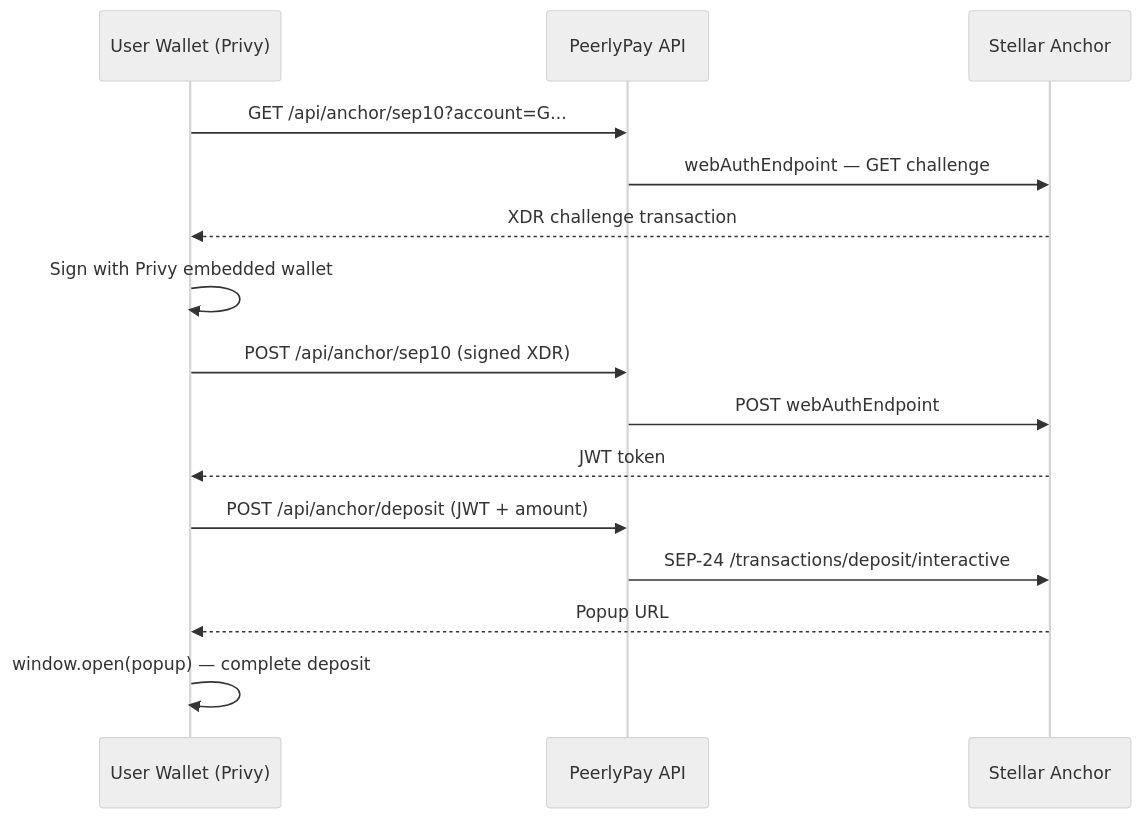
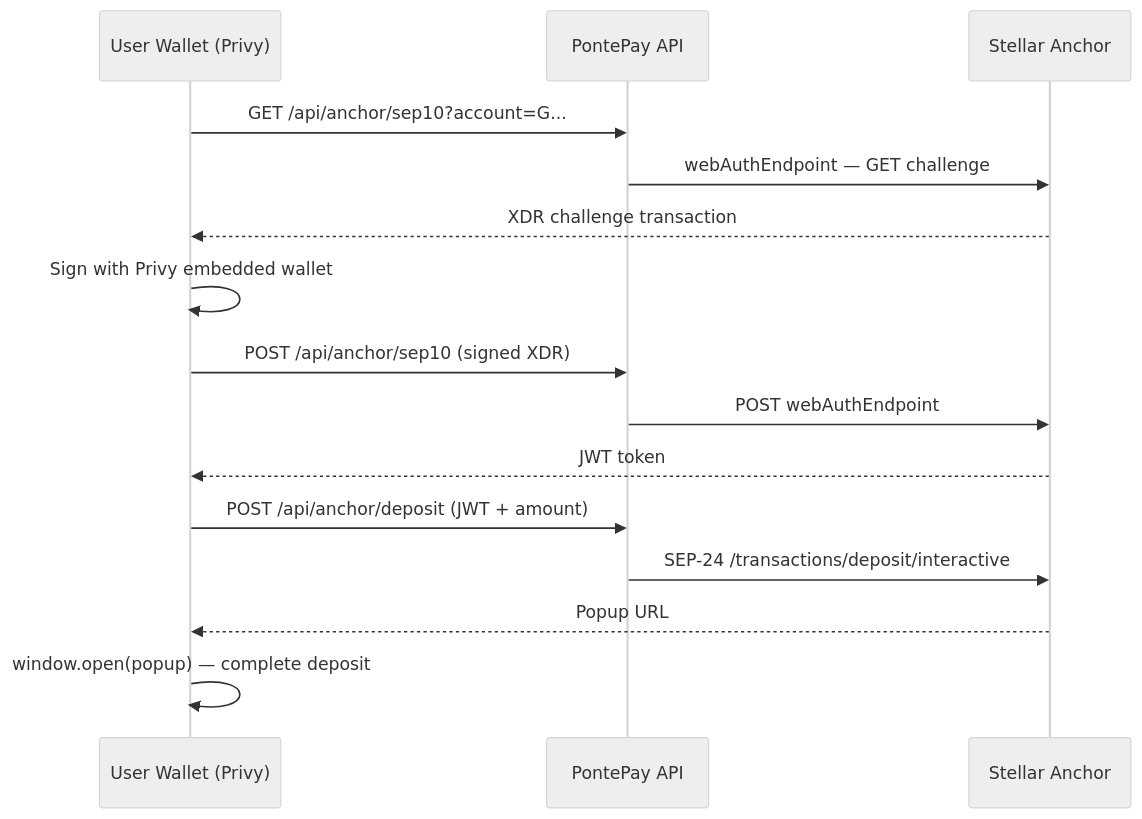
One commit to mariaelisaaraya/pontepay changed the fourth of 4 diagrams in README.md. Above: the diagram before and after it, drawn with Mermaid (neutral theme). The commit also changed other lines of this file, not shown here.

Commit message:
Rename PeerlyPay to PontePay in README

````diff
--- a/README.md
+++ b/README.md
@@ -228,18 +228,18 @@
 ```mermaid
 sequenceDiagram
     participant W as User Wallet (Privy)
-    participant API as PeerlyPay API
+    participant API as PontePay API
     participant ANC as Stellar Anchor
 
     W->>API: GET /api/anchor/sep10?account=G...
     API->>ANC: webAuthEndpoint — GET challenge
     ANC-->>W: XDR challenge transaction
     W->>W: Sign with Privy embedded wallet
     W->>API: POST /api/anchor/sep10 (signed XDR)
     API->>ANC: POST webAuthEndpoint
     ANC-->>W: JWT token
     W->>API: POST /api/anchor/deposit (JWT + amount)
     API->>ANC: SEP-24 /transactions/deposit/interactive
     ANC-->>W: Popup URL
     W->>W: window.open(popup) — complete deposit
 ```
````
